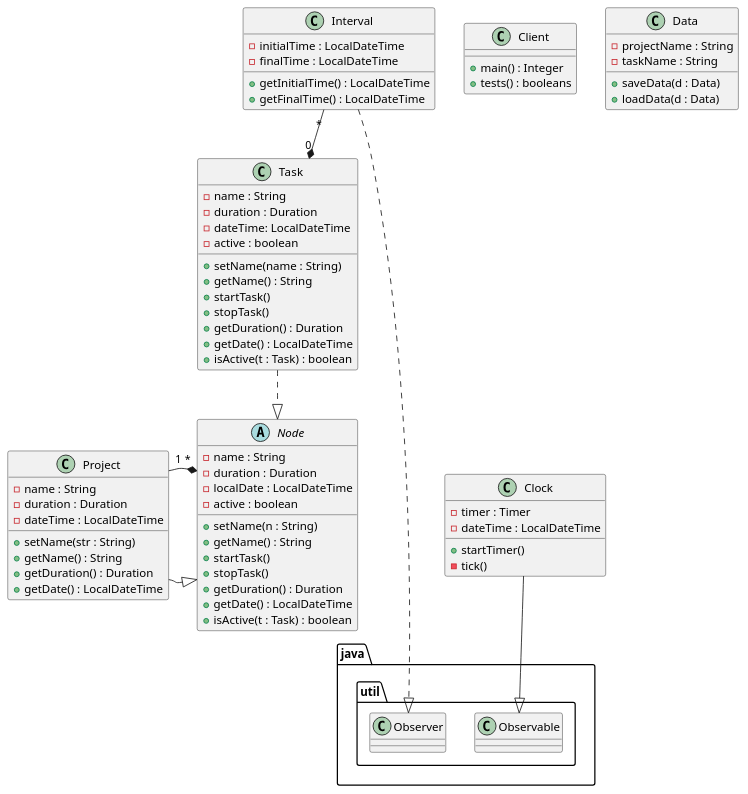
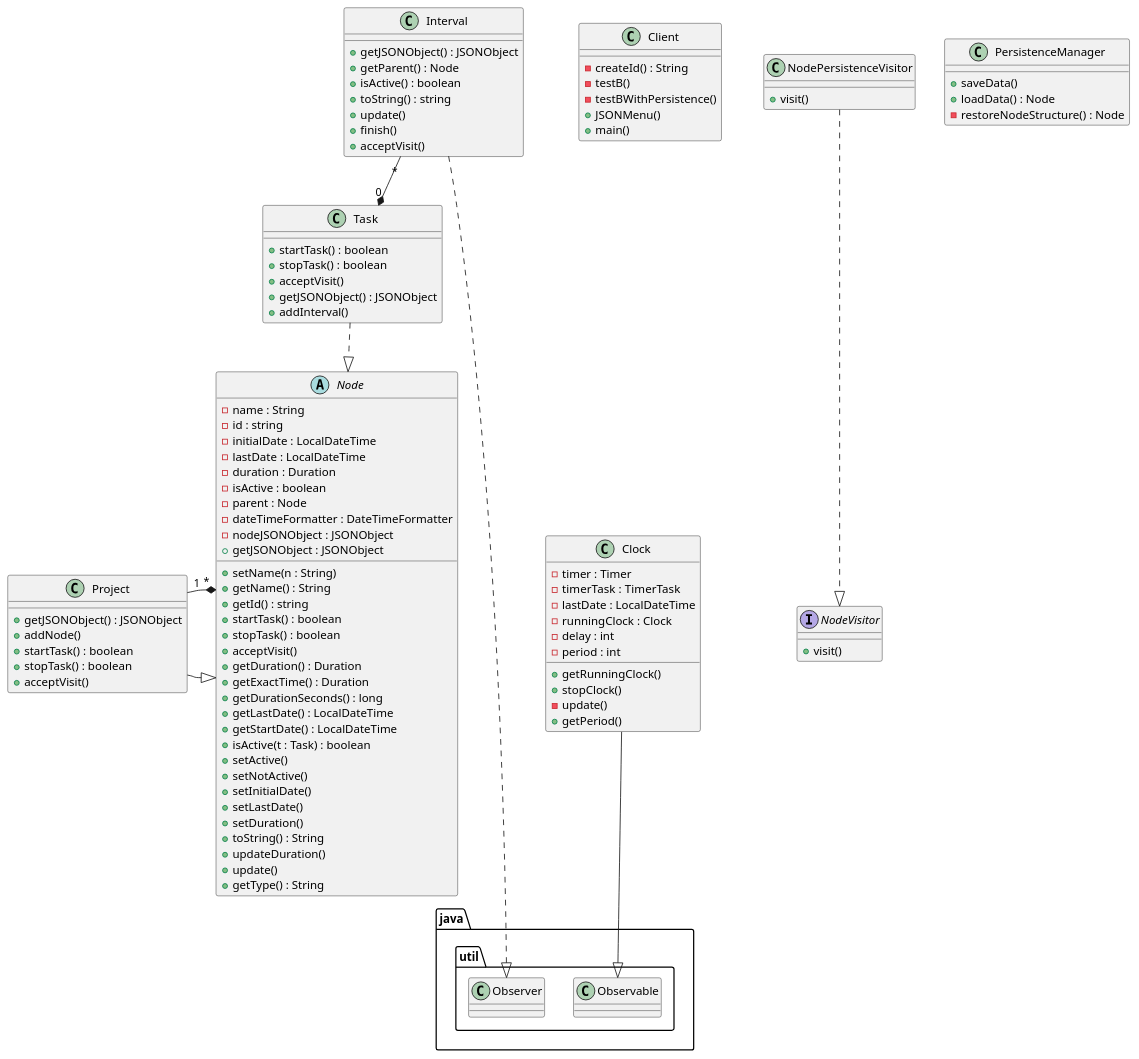
One commit to gonzaloarilla/DS_TimeTracker changed the diagram in src/uml.puml. Above: the diagram before and after it, drawn with PlantUML.

Commit message:
Uploaded uml

```diff
--- a/src/uml.puml
+++ b/src/uml.puml
@@ -1,74 +1,105 @@
 @startuml
 class Client {
-+ main() : Integer
-+ tests() : booleans
+- createId() : String
+- testB()
+- testBWithPersistence()
++ JSONMenu()
++ main()
 }
 
 abstract Node {
 - name : String
+- id : string
+- initialDate : LocalDateTime
+- lastDate : LocalDateTime
 - duration : Duration
-- localDate : LocalDateTime
-- active : boolean
+- isActive : boolean
+- parent : Node
+- dateTimeFormatter : DateTimeFormatter
+- nodeJSONObject : JSONObject
++ getJSONObject : JSONObject
 + setName(n : String)
 + getName() : String
-+ startTask()
-+ stopTask()
++ getId() : string
++ startTask() : boolean
++ stopTask() : boolean
++ acceptVisit()
 + getDuration() : Duration
-+ getDate() : LocalDateTime
++ getExactTime() : Duration
++ getDurationSeconds() : long
++ getLastDate() : LocalDateTime
++ getStartDate() : LocalDateTime
 + isActive(t : Task) : boolean
++ setActive()
++ setNotActive()
++ setInitialDate()
++ setLastDate()
++ setDuration()
++ toString() : String
++ updateDuration()
++ update()
++ getType() : String
 }
 
 class Project {
-- name : String
-- duration : Duration
-- dateTime : LocalDateTime
-+ setName(str : String)
-+ getName() : String
-+ getDuration() : Duration
-+ getDate() : LocalDateTime
++ getJSONObject() : JSONObject
++ addNode()
++ startTask() : boolean
++ stopTask() : boolean
++ acceptVisit()
 }
 
 class Task {
-- name : String
-- duration : Duration
-- dateTime: LocalDateTime
-- active : boolean
-+ setName(name : String)
-+ getName() : String
-+ startTask()
-+ stopTask()
-+ getDuration() : Duration
-+ getDate() : LocalDateTime
-+ isActive(t : Task) : boolean
++ startTask() : boolean
++ stopTask() : boolean
++ acceptVisit()
++ getJSONObject() : JSONObject
++ addInterval()
 }
 
 class Interval {
-- initialTime : LocalDateTime
-- finalTime : LocalDateTime
-+ getInitialTime() : LocalDateTime
-+ getFinalTime() : LocalDateTime
-
++ getJSONObject() : JSONObject
++ getParent() : Node
++ isActive() : boolean
++ toString() : string
++ update()
++ finish()
++ acceptVisit()
 }
 
 class Clock {
 - timer : Timer
-- dateTime : LocalDateTime
-+ startTimer()
-- tick()
+- timerTask : TimerTask
+- lastDate : LocalDateTime
+- runningClock : Clock
+- delay : int
+- period : int
++ getRunningClock()
++ stopClock()
+- update()
++ getPeriod()
 }
 
-class Data {
-- projectName : String
-- taskName : String
-+ saveData(d : Data)
-+ loadData(d : Data)
+class NodePersistenceVisitor {
++ visit()
 }
 
+interface NodeVisitor {
++ visit()
+}
+
+class PersistenceManager {
++ saveData()
++ loadData() : Node
+- restoreNodeStructure() : Node
+}
 
 Project -|> Node
 Node "*" *-- "1" Project
 Task -.|> Node
 Clock -down-|> java.util.Observable
 Interval -.down.-|> java.util.Observer
 Interval "*" --* "0" Task
+NodePersistenceVisitor -.down-|> NodeVisitor
+
 @enduml
```
